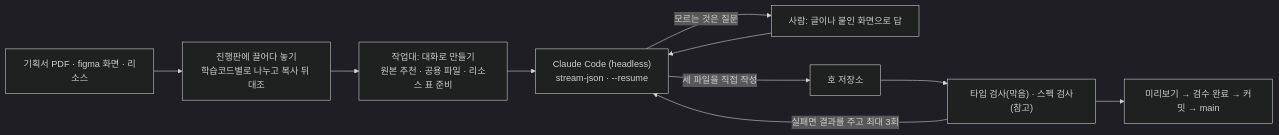
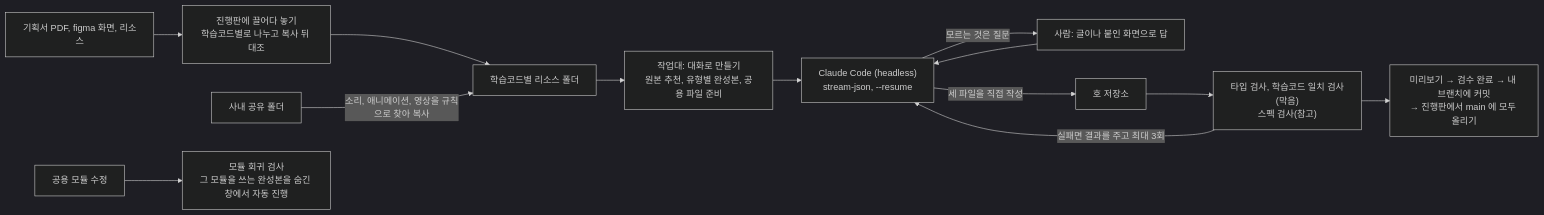
One commit to dbtjrgh/activity-forge changed the diagram in README.md. Above: the diagram before and after it, drawn with Mermaid (dark theme). The commit also changed other lines of this file and 426 other files, not shown here.

````diff
--- a/README.md
+++ b/README.md
@@ -33,12 +40,15 @@
 ```mermaid
 flowchart LR
-  IN["기획서 PDF · figma 화면 · 리소스"] --> SORT["진행판에 끌어다 놓기<br/>학습코드별로 나누고 복사 뒤 대조"]
-  SORT --> PREP["작업대: 대화로 만들기<br/>원본 추천 · 공용 파일 · 리소스 표 준비"]
-  PREP --> AI["Claude Code (headless)<br/>stream-json · --resume"]
+  IN["기획서 PDF, figma 화면, 리소스"] --> SORT["진행판에 끌어다 놓기<br/>학습코드별로 나누고 복사 뒤 대조"]
+  SORT --> RSC["학습코드별 리소스 폴더"]
+  SHARE["사내 공유 폴더"] -->|"소리, 애니메이션, 영상을 규칙으로 찾아 복사"| RSC
+  RSC --> PREP["작업대: 대화로 만들기<br/>원본 추천, 유형별 완성본, 공용 파일 준비"]
+  PREP --> AI["Claude Code (headless)<br/>stream-json, --resume"]
   AI -->|"모르는 것은 질문"| HUMAN["사람: 글이나 붙인 화면으로 답"]
   HUMAN --> AI
   AI -->|"세 파일을 직접 작성"| REPO["호 저장소"]
-  REPO --> CHECK["타입 검사(막음) · 스펙 검사(참고)"]
+  REPO --> CHECK["타입 검사, 학습코드 일치 검사(막음)<br/>스펙 검사(참고)"]
   CHECK -->|"실패면 결과를 주고 최대 3회"| AI
-  CHECK --> DONE["미리보기 → 검수 완료 → 커밋 → main"]
+  CHECK --> DONE["미리보기 → 검수 완료 → 내 브랜치에 커밋<br/>→ 진행판에서 main 에 모두 올리기"]
+  COMMON["공용 모듈 수정"] --> REG["모듈 회귀 검사<br/>그 모듈을 쓰는 완성본을 숨긴 창에서 자동 진행"]
 ```
````
